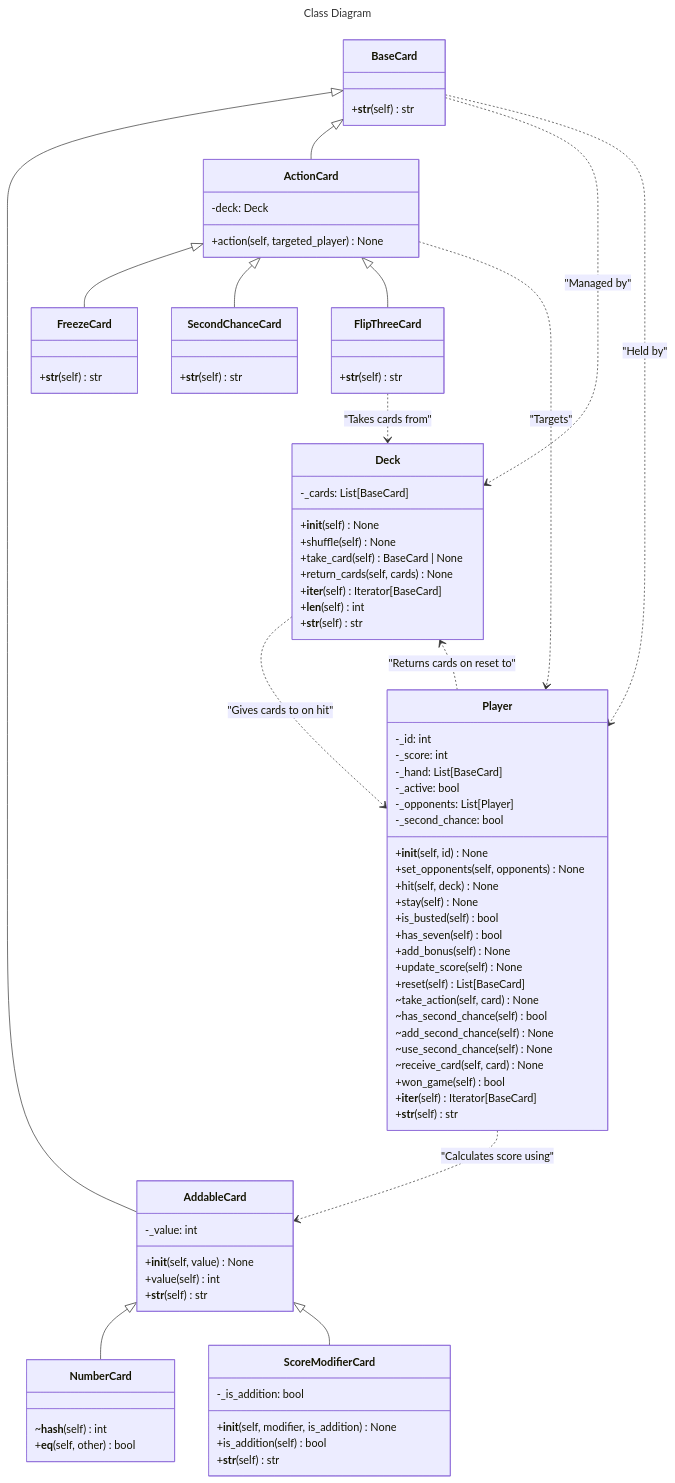
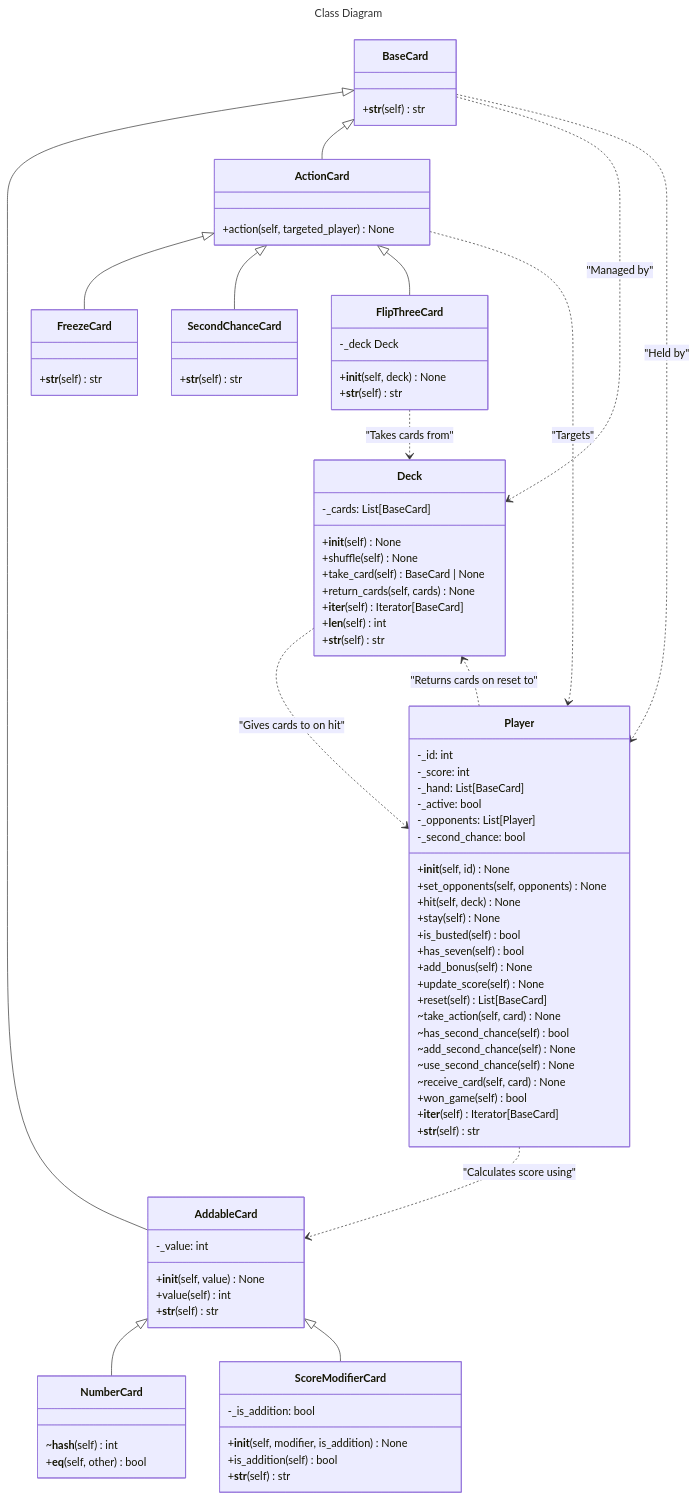
One commit to KedarPanchal/ENGR-102-Project changed the diagram in DIAGRAM.md. Above: the diagram before and after it, drawn with Mermaid. The commit also changed 2 other files, not shown here.

Commit message:
Add action card initialization and fix mermaid diagram

```diff
--- a/DIAGRAM.md
+++ b/DIAGRAM.md
@@ -30,7 +30,6 @@
     AddableCard <|-- ScoreModifierCard
 
     class ActionCard {
-        -deck: Deck
         +action(self, targeted_player) None
     }
     BaseCard <|-- ActionCard
@@ -46,6 +45,8 @@
     ActionCard <|-- SecondChanceCard
 
     class FlipThreeCard {
+        -_deck Deck
+        +__init__(self, deck) None
         +__str__(self) str
     }
     ActionCard <|-- FlipThreeCard
```
